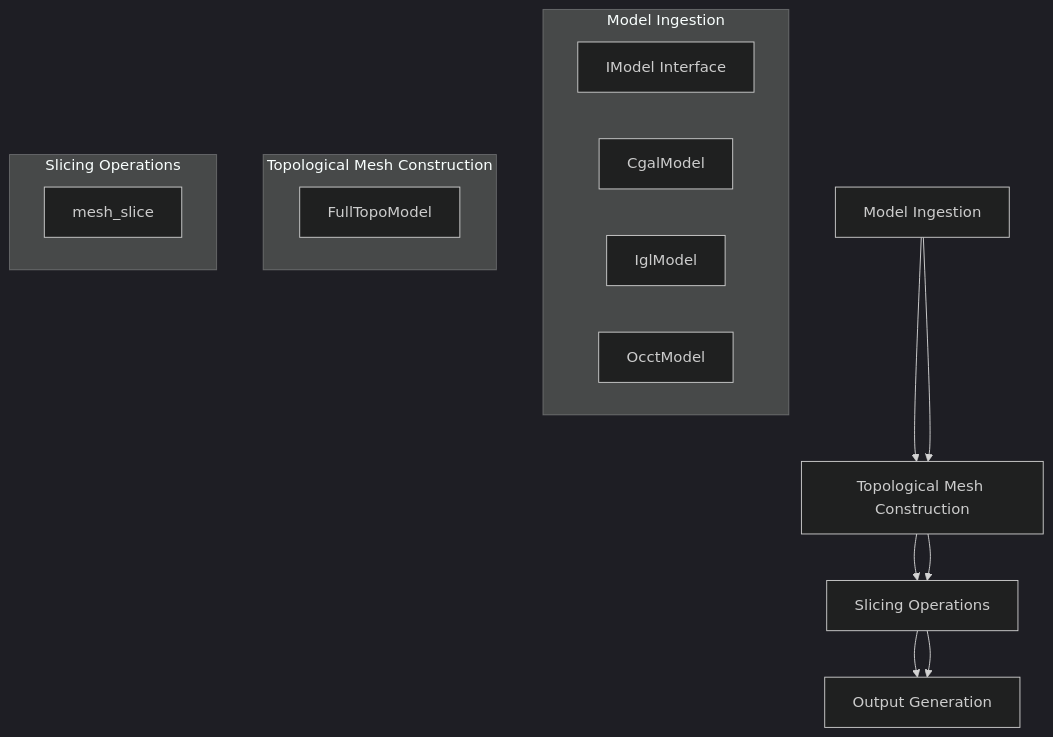
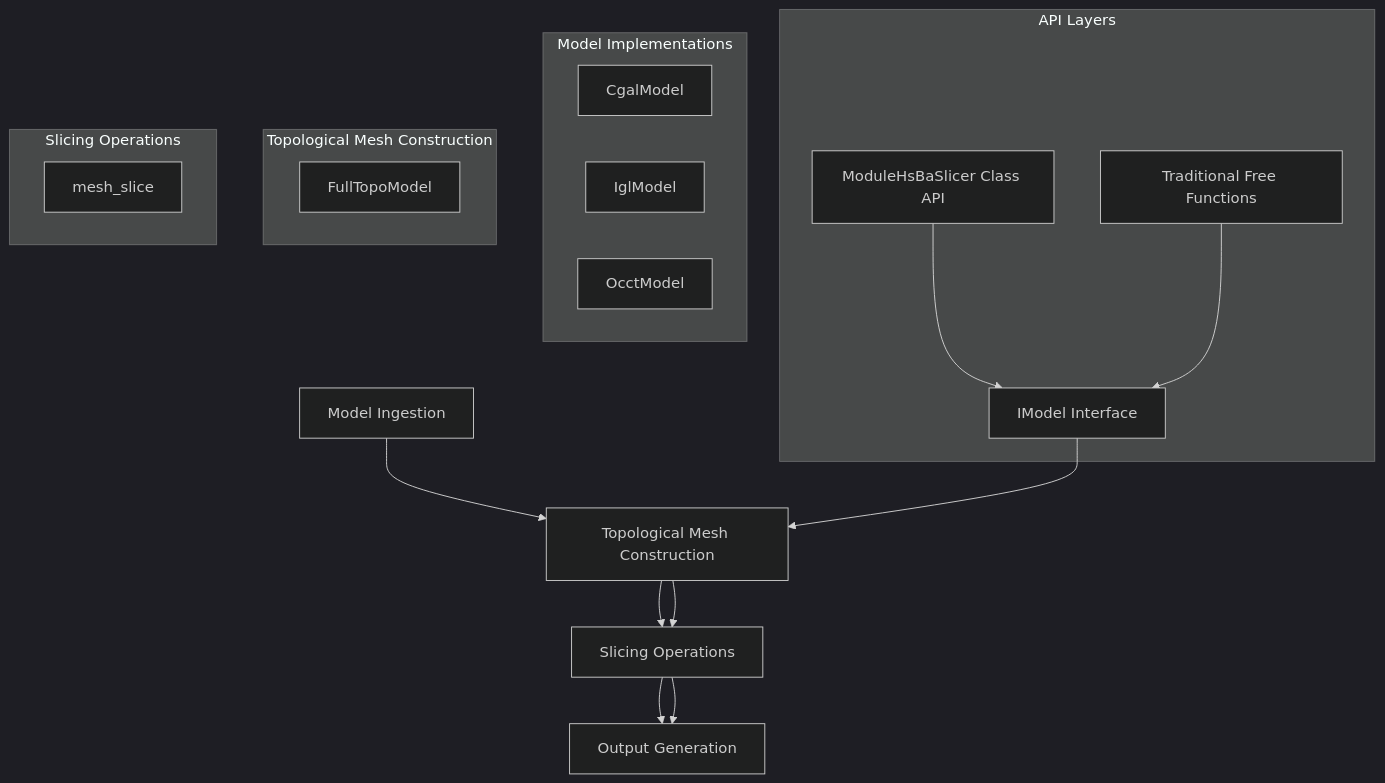
One commit to hsmbanlance/HsBaSlicer changed the second of 8 diagrams in .qoder/repowiki/en/content/Core Architecture/Core Architecture.md. Above: the diagram before and after it, drawn with Mermaid (dark theme). The commit also changed other lines of this file and 19 other files, not shown here.

````diff
--- a/.qoder/repowiki/en/content/Core Architecture/Core Architecture.md
+++ b/.qoder/repowiki/en/content/Core Architecture/Core Architecture.md
@@ -94,21 +121,27 @@
 ```mermaid
 graph TD
 A[Model Ingestion] --> B[Topological Mesh Construction]
 B --> C[Slicing Operations]
 C --> D[Output Generation]
-subgraph "Model Ingestion"
+subgraph "API Layers"
 A1[IModel Interface]
-A2[CgalModel]
-A3[IglModel]
-A4[OcctModel]
+A2[ModuleHsBaSlicer Class API]
+A3[Traditional Free Functions]
+end
+subgraph "Model Implementations"
+A4[CgalModel]
+A5[IglModel]
+A6[OcctModel]
 end
 subgraph "Topological Mesh Construction"
 B1[FullTopoModel]
 end
 subgraph "Slicing Operations"
 C1[mesh_slice]
 end
-A --> B
+A1 --> B
+A2 --> A1
+A3 --> A1
 B --> C
 C --> D
 ```
````
